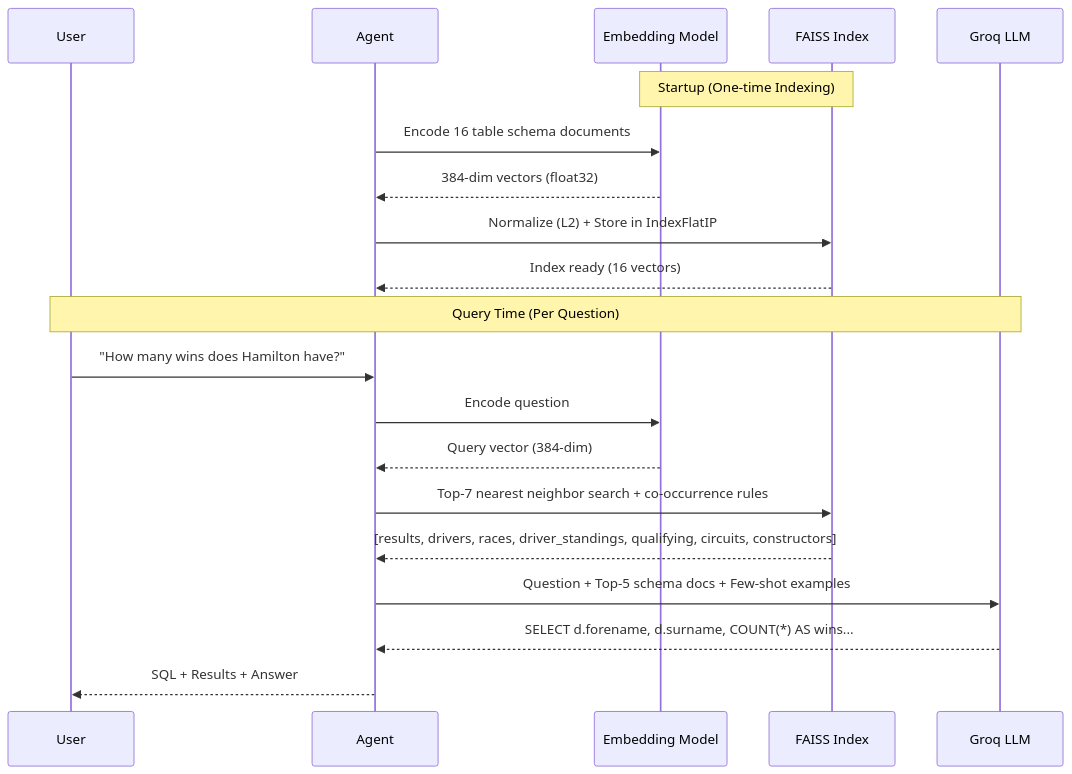
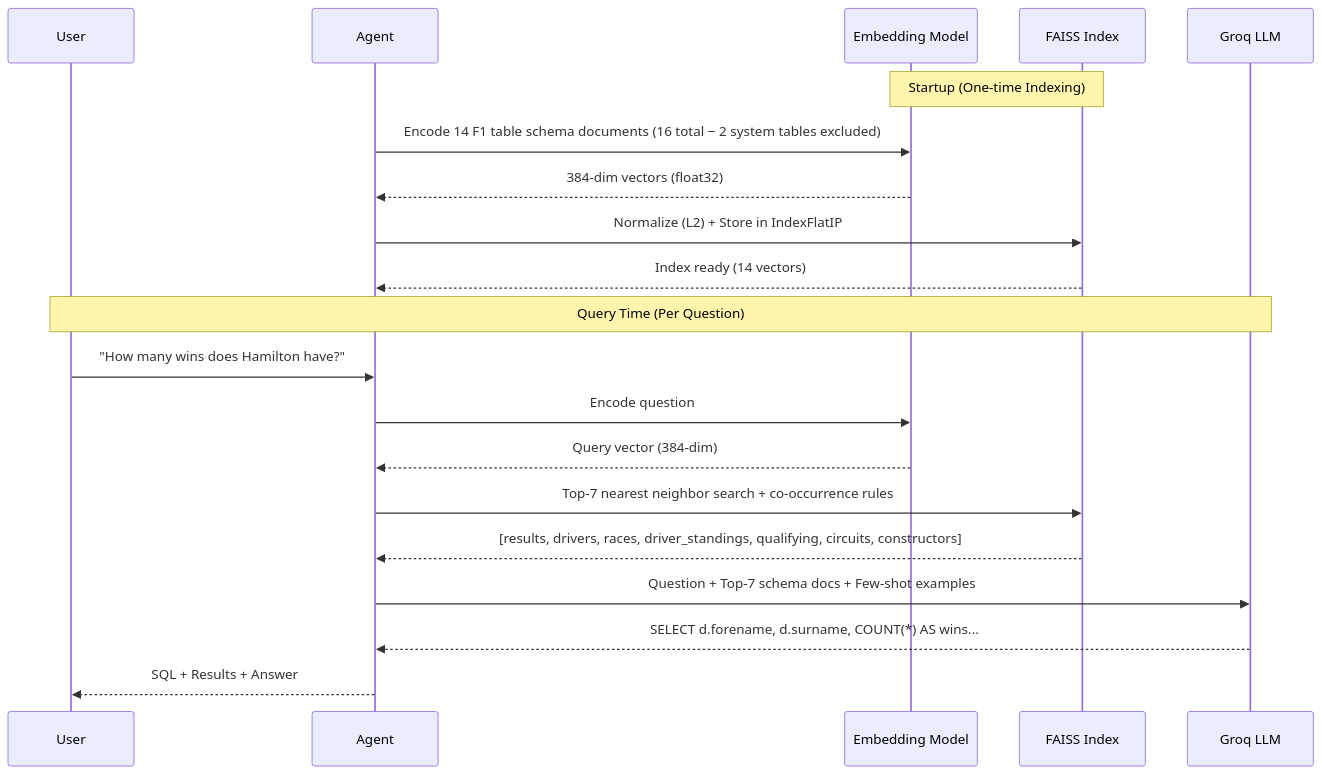
Before and after one commit to Venkateswara-Sahu/AI_Powered_Text-to-SQL_RAG_Chatbot: the third of 6 diagrams in REPORT.md, drawn with Mermaid. The commit also changed other lines of this file and 8 other files, not shown here.

Commit message:
added architecture page

````diff
--- a/REPORT.md
+++ b/REPORT.md
@@ -323,24 +323,24 @@
 ```mermaid
 sequenceDiagram
     participant U as User
     participant A as Agent
     participant E as Embedding Model
     participant F as FAISS Index
     participant L as Groq LLM
 
     Note over E,F: Startup (One-time Indexing)
-    A->>E: Encode 16 table schema documents
+    A->>E: Encode 14 F1 table schema documents (16 total − 2 system tables excluded)
     E-->>A: 384-dim vectors (float32)
     A->>F: Normalize (L2) + Store in IndexFlatIP
-    F-->>A: Index ready (16 vectors)
+    F-->>A: Index ready (14 vectors)
 
     Note over U,L: Query Time (Per Question)
     U->>A: "How many wins does Hamilton have?"
     A->>E: Encode question
     E-->>A: Query vector (384-dim)
     A->>F: Top-7 nearest neighbor search + co-occurrence rules
     F-->>A: [results, drivers, races, driver_standings, qualifying, circuits, constructors]
-    A->>L: Question + Top-5 schema docs + Few-shot examples
+    A->>L: Question + Top-7 schema docs + Few-shot examples
     L-->>A: SELECT d.forename, d.surname, COUNT(*) AS wins...
     A-->>U: SQL + Results + Answer
 ```
````
